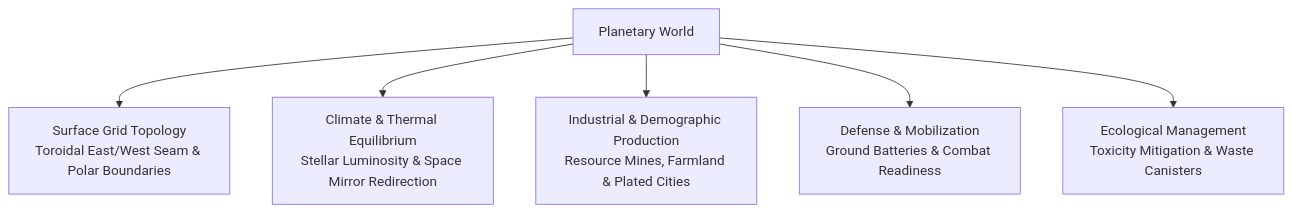
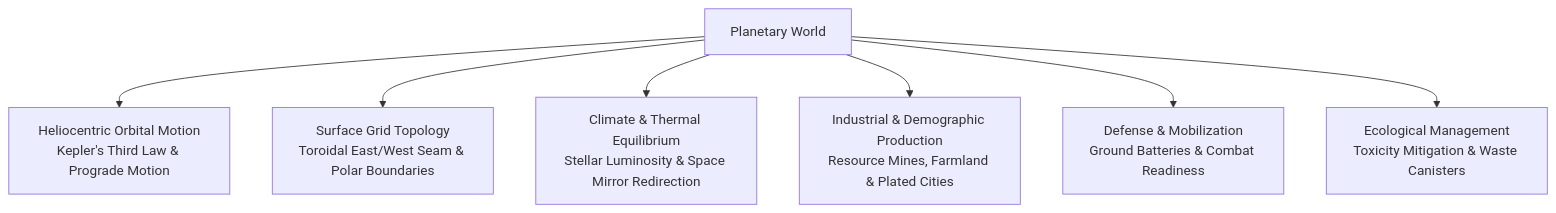
The first of 7 diagrams in docs/planets.md (kaladron/galactic-bloodshed), drawn with Mermaid before and after one commit. The commit also changed other lines of this file and 2 other files, not shown here.

First line of the commit message:
docs: document Keplerian planetary orbital mechanics and entrainment

````diff
--- a/docs/planets.md
+++ b/docs/planets.md
@@ -7,8 +7,9 @@
 ```mermaid
 flowchart TD
-    Planet["Planetary World"] --> Surface["Surface Grid Topology\nToroidal East/West Seam & Polar Boundaries"]
+    Planet["Planetary World"] --> Orbit["Heliocentric Orbital Motion\nKepler's Third Law & Prograde Motion"]
+    Planet --> Surface["Surface Grid Topology\nToroidal East/West Seam & Polar Boundaries"]
     Planet --> Climate["Climate & Thermal Equilibrium\nStellar Luminosity & Space Mirror Redirection"]
     Planet --> Industry["Industrial & Demographic Production\nResource Mines, Farmland & Plated Cities"]
     Planet --> Military["Defense & Mobilization\nGround Batteries & Combat Readiness"]
     Planet --> Ecology["Ecological Management\nToxicity Mitigation & Waste Canisters"]
 ```
````
